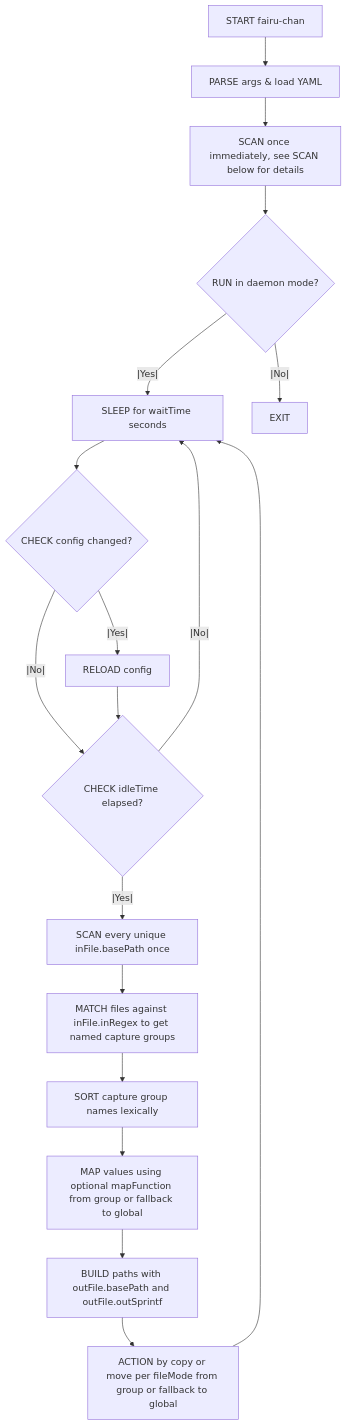
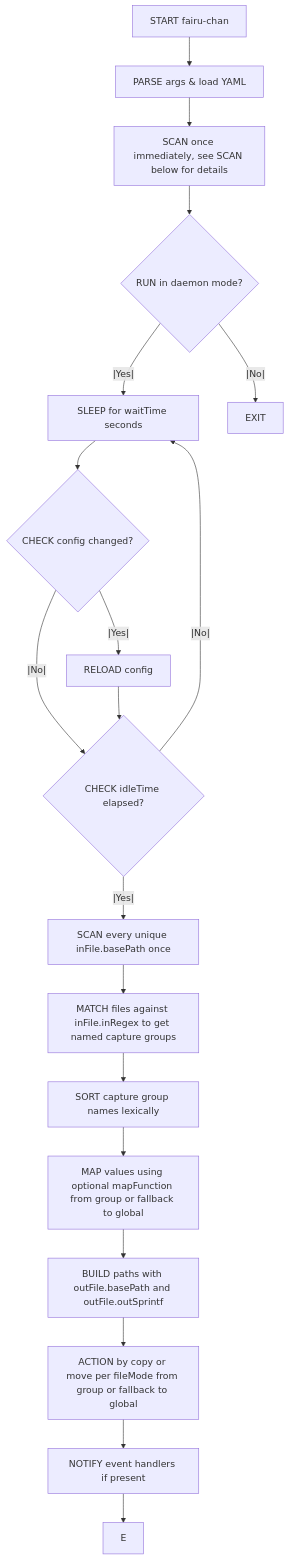
The diagram in README.md (justinnamilee/fairu-chan), drawn with Mermaid before and after one commit.

Commit message:
add missing NOTIFY to README flowchart

````diff
--- a/README.md
+++ b/README.md
@@ -35,23 +35,24 @@
 ```mermaid
 
 graph TD
   A[START fairu-chan] --> B[PARSE args & load YAML]
   B --> C[SCAN once immediately, see SCAN below for details]
   C --> D{RUN in daemon mode?}
   D --|Yes|--> G[SLEEP for waitTime seconds]
   D --|No|--> F[EXIT]
   G --> H{CHECK config changed?}
   H --|Yes|--> I[RELOAD config]
   H --|No|--> K
   I --> K{CHECK idleTime elapsed?}
   K --|No|--> G
   K --|Yes|--> L[SCAN every unique inFile.basePath once]
   L --> M[MATCH files against inFile.inRegex to get named capture groups]
   M --> N[SORT capture group names lexically]
   N --> O[MAP values using optional mapFunction from group or fallback to global]
   O --> P[BUILD paths with outFile.basePath and outFile.outSprintf]
   P --> Q[ACTION by copy or move per fileMode from group or fallback to global]
-  Q --> G
+  Q --> R[NOTIFY event handlers if present]
+  R --> E
 
 
 ```
````
